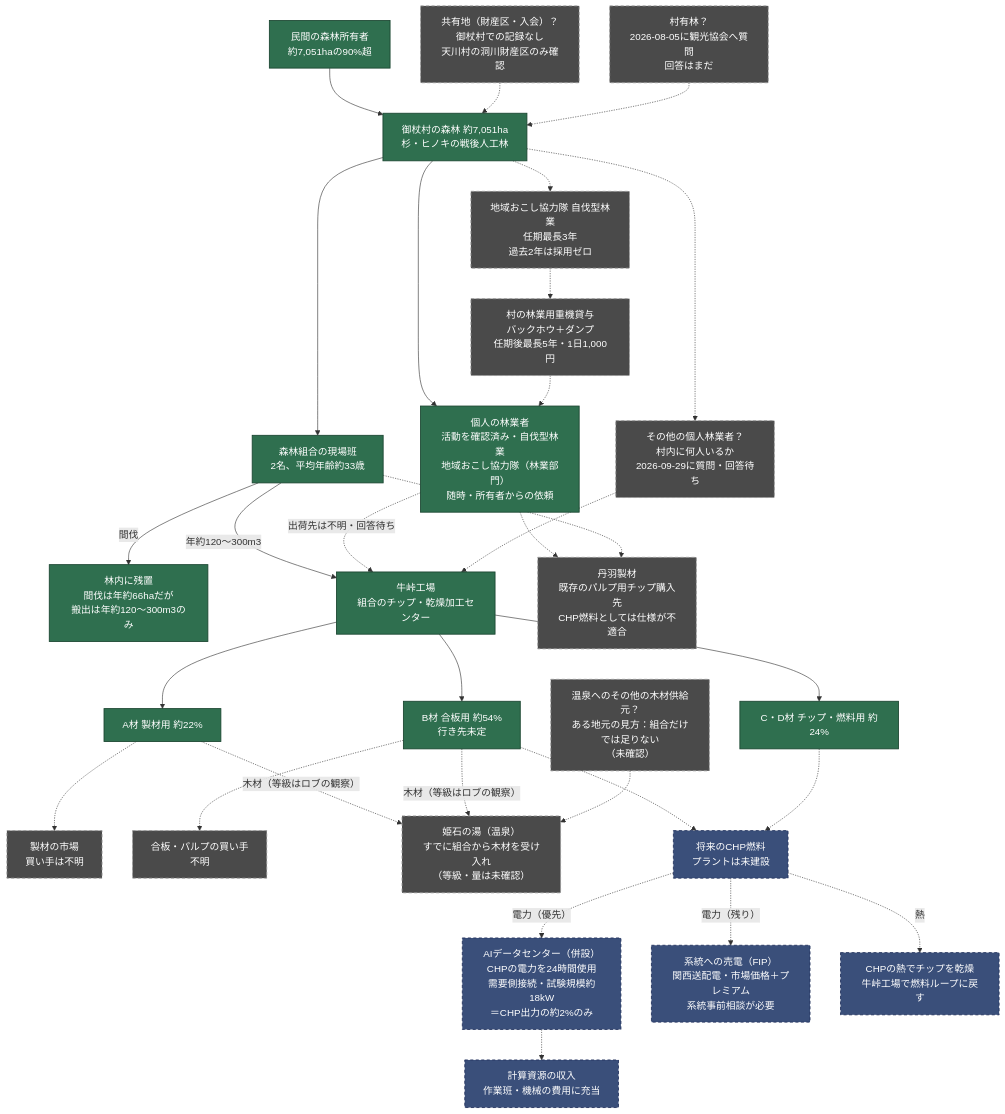
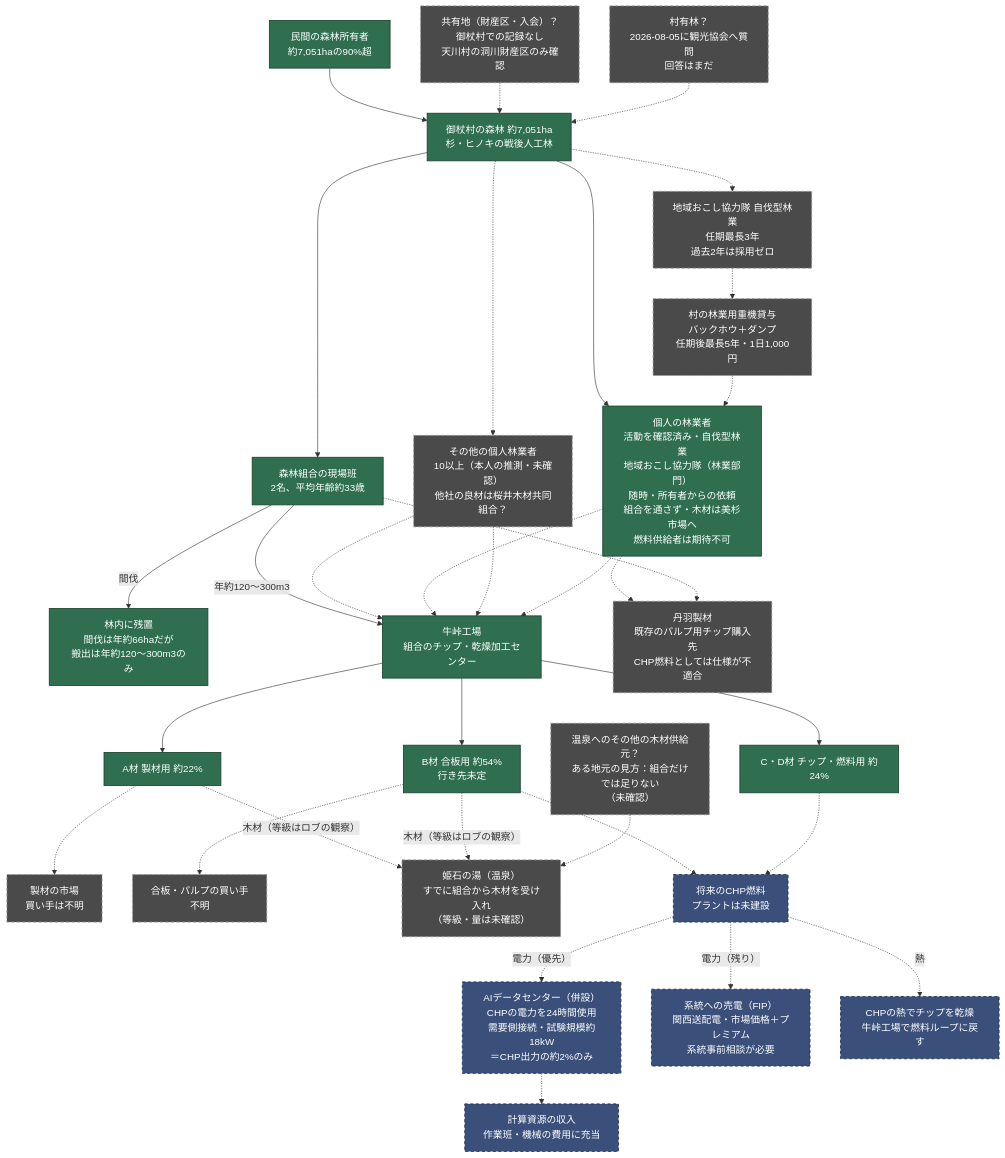
One commit to robouden/mitsue-ai-data-center changed the diagram in docs/energy-forest/workforce/mitsue_forest_supply_chain_diagram_jp.md. Above: the diagram before and after it, drawn with Mermaid. The commit also changed other lines of this file and 11 other files, not shown here.

Commit message:
Add Yamaguchi reply findings; update supply chain diagrams and Oct 2 coop prep questions

````diff
--- a/docs/energy-forest/workforce/mitsue_forest_supply_chain_diagram_jp.md
+++ b/docs/energy-forest/workforce/mitsue_forest_supply_chain_diagram_jp.md
@@ -8,71 +8,73 @@
 ```mermaid
 flowchart TD
     own1["民間の森林所有者<br/>約7,051haの90%超"]
     own2["共有地（財産区・入会）？<br/>御杖村での記録なし<br/>天川村の洞川財産区のみ確認"]
     own3["村有林？<br/>2026-08-05に観光協会へ質問<br/>回答はまだ"]
 
     forest["御杖村の森林 約7,051ha<br/>杉・ヒノキの戦後人工林"]
 
     own1 --> forest
     own2 -.-> forest
     own3 -.-> forest
 
     coopcrew["森林組合の現場班<br/>2名、平均年齢約33歳"]
-    yamaguchi["個人の林業者<br/>活動を確認済み・自伐型林業<br/>地域おこし協力隊（林業部門）<br/>随時・所有者からの依頼"]
-    otherindep["その他の個人林業者？<br/>村内に何人いるか<br/>2026-09-29に質問・回答待ち"]
+    yamaguchi["個人の林業者<br/>活動を確認済み・自伐型林業<br/>地域おこし協力隊（林業部門）<br/>随時・所有者からの依頼<br/>組合を通さず・木材は美杉市場へ<br/>燃料供給者は期待不可"]
+    otherindep["その他の個人林業者<br/>10以上（本人の推測・未確認）<br/>他社の良材は桜井木材共同組合？"]
     corps["地域おこし協力隊 自伐型林業<br/>任期最長3年<br/>過去2年は採用ゼロ"]
     loan["村の林業用重機貸与<br/>バックホウ＋ダンプ<br/>任期後最長5年・1日1,000円"]
 
     forest --> coopcrew
     forest --> yamaguchi
     forest -.-> otherindep
     forest -.-> corps
     corps -.-> loan
     loan -.-> yamaguchi
 
     leftover["林内に残置<br/>間伐は年約66haだが<br/>搬出は年約120〜300m3のみ"]
     coopcrew -->|間伐| leftover
 
     mill["牛峠工場<br/>組合のチップ・乾燥加工センター"]
     coopcrew -->|"年約120〜300m3"| mill
-    yamaguchi -.->|"出荷先は不明・回答待ち"| mill
     otherindep -.-> mill
+    yamaguchi -.-> mill
+    otherindep -.-> mill
+    yamaguchi -.-> mill
 
     niwa["丹羽製材<br/>既存のパルプ用チップ購入先<br/>CHP燃料としては仕様が不適合"]
     yamaguchi -.-> niwa
     coopcrew -.-> niwa
 
     mill --> gA["A材 製材用 約22%"]
     mill --> gB["B材 合板用 約54%<br/>行き先未定"]
     mill --> gCD["C・D材 チップ・燃料用 約24%"]
 
     sawmkt["製材の市場<br/>買い手は不明"]
     plymkt["合板・パルプの買い手<br/>不明"]
     onsen["姫石の湯（温泉）<br/>すでに組合から木材を受け入れ<br/>（等級・量は未確認）"]
     othersup["温泉へのその他の木材供給元？<br/>ある地元の見方：組合だけでは足りない<br/>（未確認）"]
     chp["将来のCHP燃料<br/>プラントは未建設"]
     dc["AIデータセンター（併設）<br/>CHPの電力を24時間使用<br/>需要側接続・試験規模約18kW<br/>＝CHP出力の約2%のみ"]
     grid["系統への売電（FIP）<br/>関西送配電・市場価格＋プレミアム<br/>系統事前相談が必要"]
     dry["CHPの熱でチップを乾燥<br/>牛峠工場で燃料ループに戻す"]
     compute["計算資源の収入<br/>作業班・機械の費用に充当"]
 
     gA -.-> sawmkt
     gB -.-> plymkt
     gB -.-> chp
     gCD -.-> chp
     gA -.->|"木材（等級はロブの観察）"| onsen
     gB -.->|"木材（等級はロブの観察）"| onsen
     othersup -.-> onsen
     chp -.->|熱| dry
     chp -.->|"電力（優先）"| dc
     chp -.->|"電力（残り）"| grid
     dc -.-> compute
 
     classDef known fill:#2f6f4f,stroke:#1a4530,stroke-width:1.4px,color:#ffffff
     classDef unknown fill:#4a4a4a,stroke:#999999,stroke-width:1.4px,color:#ffffff,stroke-dasharray:5 4
     classDef future fill:#3a4f7a,stroke:#22315c,stroke-width:1.4px,color:#ffffff,stroke-dasharray:5 4
 
     class own1,forest,coopcrew,yamaguchi,leftover,mill,gA,gB,gCD known
     class own2,own3,otherindep,corps,loan,sawmkt,plymkt,niwa,onsen,othersup unknown
     class chp,dc,grid,dry,compute future
 ```
````
